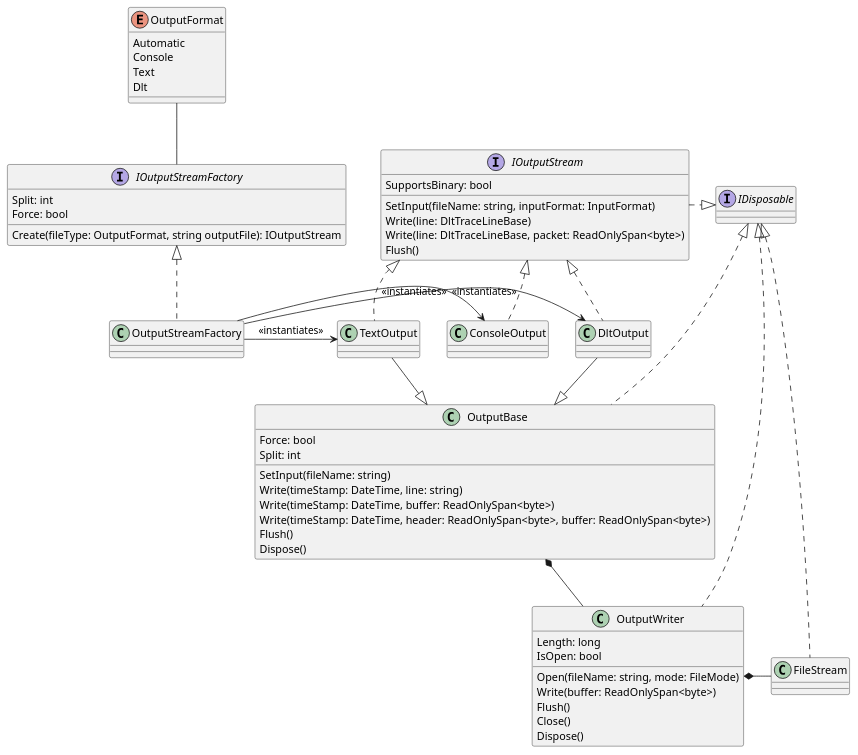
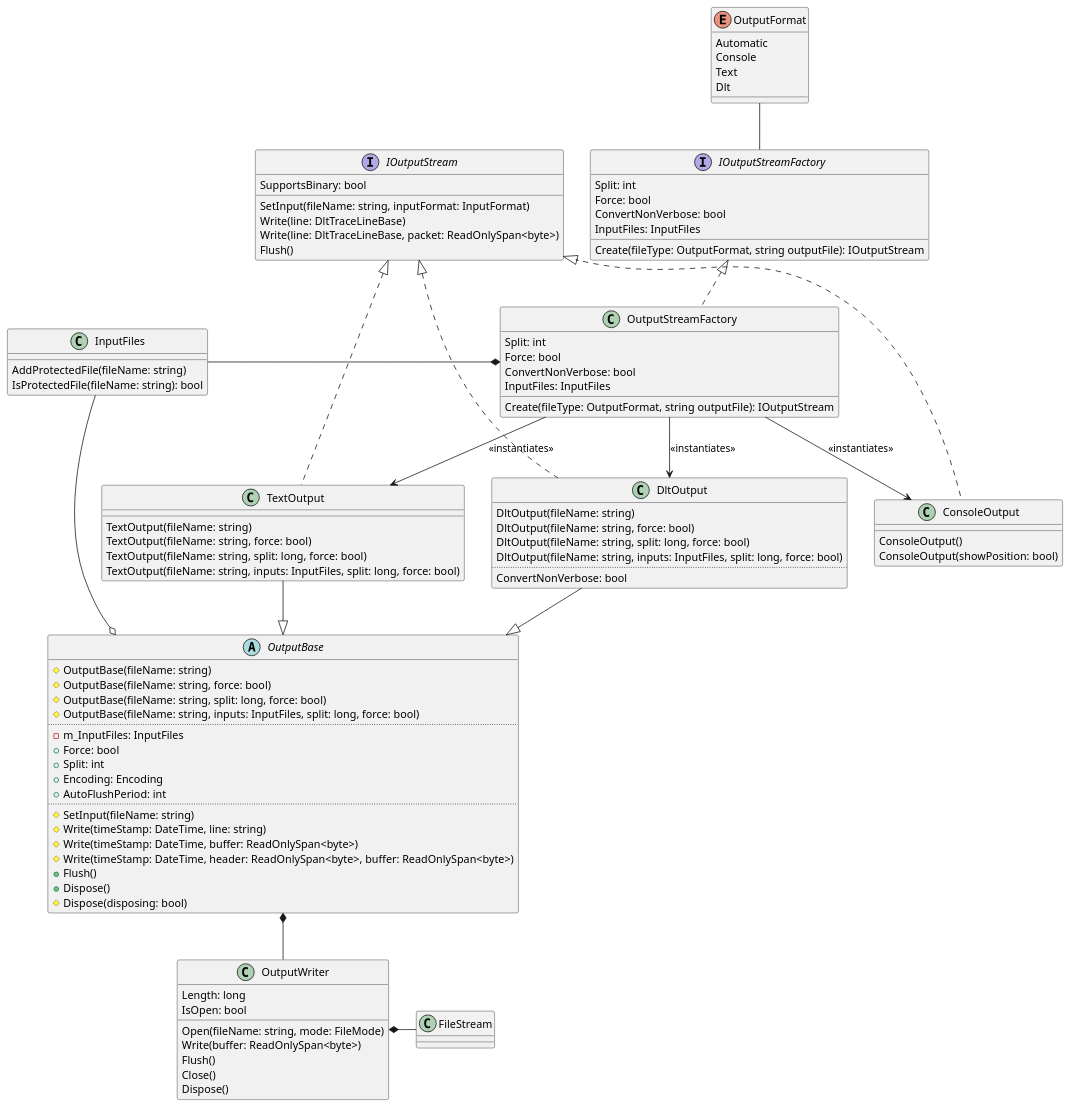
The diagram in apps/DltDump/docs/diagrams/outputstream.plantuml (jcurl/RJCP.DLL.Log), drawn with PlantUML before and after one commit. The commit also changed 14 other files, not shown here.

First line of the commit message:
DltDump: Properly check that inputs aren't overwritten

```diff
--- a/apps/DltDump/docs/diagrams/outputstream.plantuml
+++ b/apps/DltDump/docs/diagrams/outputstream.plantuml
@@ -1,76 +1,115 @@
 @startuml Domain.OutputStreamFactory
 
-interface IDisposable
+'interface IDisposable
 
 enum OutputFormat {
     Automatic
     Console
     Text
     Dlt
 }
 
 interface IOutputStreamFactory {
     Split: int
     Force: bool
+    ConvertNonVerbose: bool
+    InputFiles: InputFiles
     Create(fileType: OutputFormat, string outputFile): IOutputStream
 }
 
-OutputStreamFactory -r-> DltOutput : <<instantiates>>
-OutputStreamFactory -r-> TextOutput : <<instantiates>>
-OutputStreamFactory -r-> ConsoleOutput : <<instantiates>>
+OutputStreamFactory -d-> DltOutput : <<instantiates>>
+OutputStreamFactory -d-> TextOutput : <<instantiates>>
+OutputStreamFactory -d-> ConsoleOutput : <<instantiates>>
 
 IOutputStreamFactory -u- OutputFormat
 
-class OutputStreamFactory
+class InputFiles {
+    AddProtectedFile(fileName: string)
+    IsProtectedFile(fileName: string): bool
+}
+class OutputStreamFactory {
+    Split: int
+    Force: bool
+    ConvertNonVerbose: bool
+    InputFiles: InputFiles
+    Create(fileType: OutputFormat, string outputFile): IOutputStream
+}
+OutputStreamFactory *-l- InputFiles
 IOutputStreamFactory <|.d. OutputStreamFactory
 
 interface IOutputStream {
     SupportsBinary: bool
     SetInput(fileName: string, inputFormat: InputFormat)
     Write(line: DltTraceLineBase)
     Write(line: DltTraceLineBase, packet: ReadOnlySpan<byte>)
     Flush()
 }
 
-IOutputStream .r.|> IDisposable
+'IOutputStream .r.|> IDisposable
 
-class ConsoleOutput
-IOutputStream <|.d. ConsoleOutput
+class ConsoleOutput {
+    ConsoleOutput()
+    ConsoleOutput(showPosition: bool)
+}
+IOutputStream <|.d.. ConsoleOutput
 
-class TextOutput
-IOutputStream <|.d. TextOutput
+class TextOutput {
+    TextOutput(fileName: string)
+    TextOutput(fileName: string, force: bool)
+    TextOutput(fileName: string, split: long, force: bool)
+    TextOutput(fileName: string, inputs: InputFiles, split: long, force: bool)
+}
+IOutputStream <|.d.. TextOutput
 
-class DltOutput
-IOutputStream <|.d. DltOutput
+class DltOutput {
+    DltOutput(fileName: string)
+    DltOutput(fileName: string, force: bool)
+    DltOutput(fileName: string, split: long, force: bool)
+    DltOutput(fileName: string, inputs: InputFiles, split: long, force: bool)
+    ..
+    ConvertNonVerbose: bool
+}
+IOutputStream <|.d.. DltOutput
 
-class OutputBase {
-    Force: bool
-    Split: int
-    SetInput(fileName: string)
-    Write(timeStamp: DateTime, line: string)
-    Write(timeStamp: DateTime, buffer: ReadOnlySpan<byte>)
-    Write(timeStamp: DateTime, header: ReadOnlySpan<byte>, buffer: ReadOnlySpan<byte>)
-    Flush()
-    Dispose()
+abstract class OutputBase {
+    #OutputBase(fileName: string)
+    #OutputBase(fileName: string, force: bool)
+    #OutputBase(fileName: string, split: long, force: bool)
+    #OutputBase(fileName: string, inputs: InputFiles, split: long, force: bool)
+    ..
+    -m_InputFiles: InputFiles
+    +Force: bool
+    +Split: int
+    +Encoding: Encoding
+    +AutoFlushPeriod: int
+    ..
+    #SetInput(fileName: string)
+    #Write(timeStamp: DateTime, line: string)
+    #Write(timeStamp: DateTime, buffer: ReadOnlySpan<byte>)
+    #Write(timeStamp: DateTime, header: ReadOnlySpan<byte>, buffer: ReadOnlySpan<byte>)
+    +Flush()
+    +Dispose()
+    #Dispose(disposing: bool)
 }
 
 class OutputWriter {
     Length: long
     IsOpen: bool
     Open(fileName: string, mode: FileMode)
     Write(buffer: ReadOnlySpan<byte>)
     Flush()
     Close()
     Dispose()
 }
-OutputWriter .u.|> IDisposable
-OutputBase .u.|> IDisposable
+'OutputWriter .u.|> IDisposable
+'OutputBase .u.|> IDisposable
+OutputBase o-u- InputFiles
 
 TextOutput -d-|> OutputBase
 DltOutput -d-|> OutputBase
 
 OutputBase *-d- OutputWriter
 OutputWriter *-r- FileStream
-FileStream .u.|> IDisposable
+'FileStream .u.|> IDisposable
 
 @enduml
```
